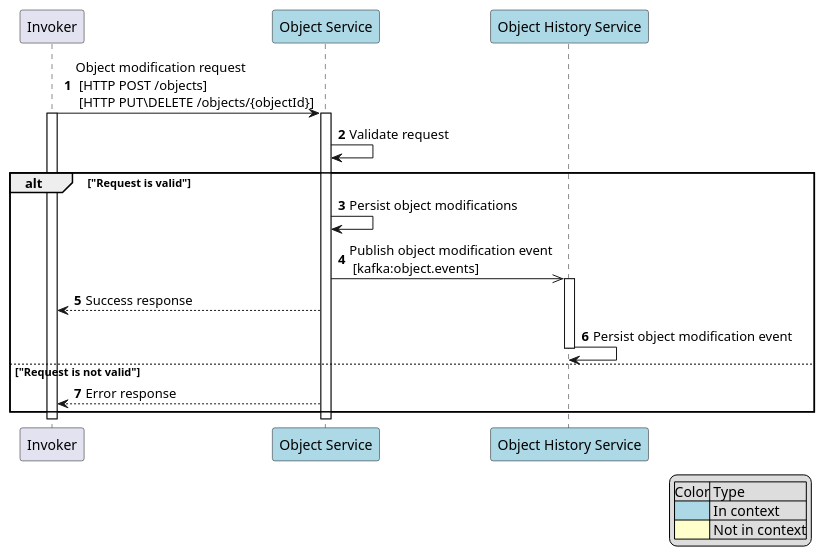
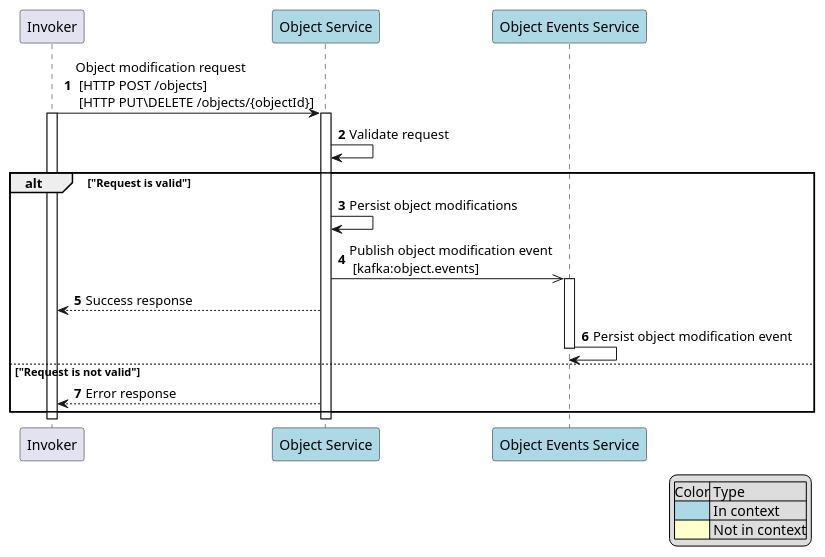
Before and after one commit to ivanztz/sandbox: the diagram in object-api/src/main/resources/flows/object-modify.puml, drawn with PlantUML. The commit also changed 39 other files, not shown here.

Commit message:
Added storing and displaying object events via REST Application configuration updated with default database connection values Postman collection updated

```diff
--- a/object-api/src/main/resources/flows/object-modify.puml
+++ b/object-api/src/main/resources/flows/object-modify.puml
@@ -1,33 +1,33 @@
 @startuml
 autonumber
 
 participant "Invoker" as invoker
 participant "Object Service" as objectService #LightBlue
-participant "Object History Service" as objectHistory #LightBlue
+participant "Object Events Service" as objectEvents #LightBlue
 
 invoker -> objectService: Object modification request \n [HTTP POST /objects] \n [HTTP PUT\DELETE /objects/{objectId}]
 activate invoker
 activate objectService
 objectService -> objectService: Validate request
 
 alt "Request is valid"
     objectService -> objectService: Persist object modifications
-    objectService ->> objectHistory: Publish object modification event\n [kafka:object.events]
-    activate objectHistory
+    objectService ->> objectEvents: Publish object modification event\n [kafka:object.events]
+    activate objectEvents
     objectService --> invoker: Success response
-    objectHistory -> objectHistory: Persist object modification event
-    deactivate objectHistory
+    objectEvents -> objectEvents: Persist object modification event
+    deactivate objectEvents
 else "Request is not valid"
     objectService --> invoker: Error response
 end
 deactivate objectService
 deactivate invoker
 
 legend right
     |Color| Type |
     |<#LightBlue>| In context|
     |<#Business>| Not in context|
 endlegend
 
 
 @enduml
```
